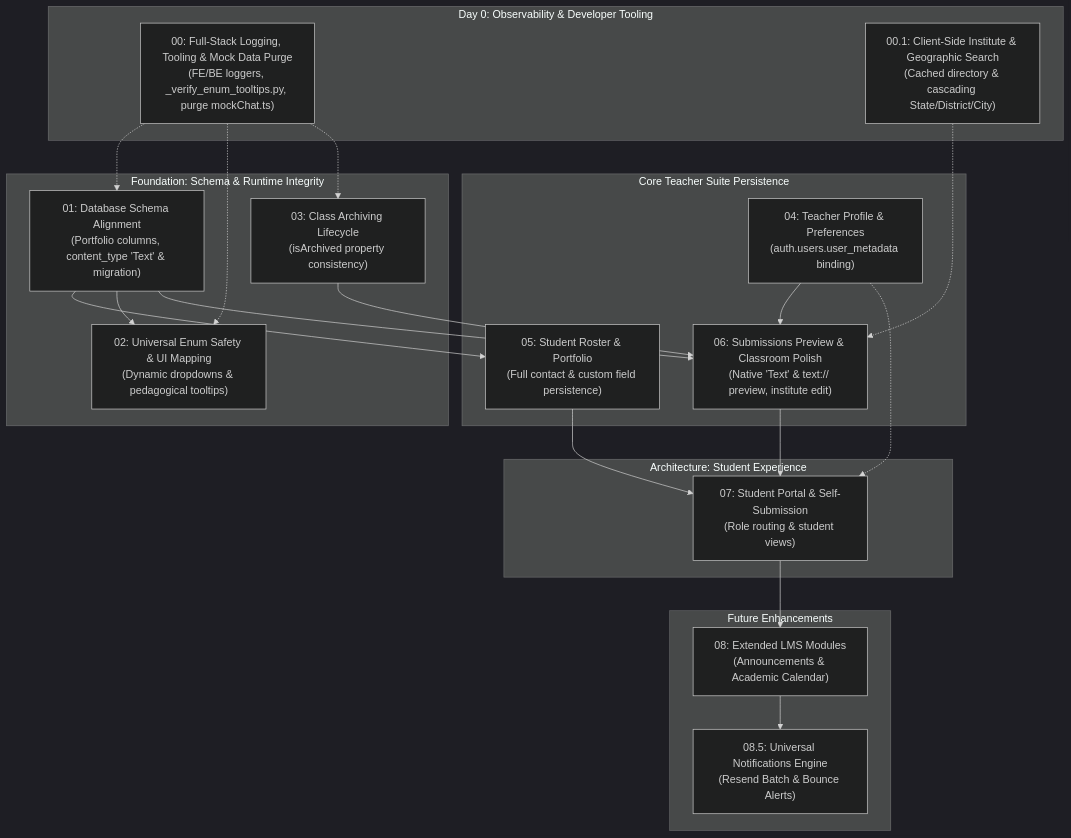
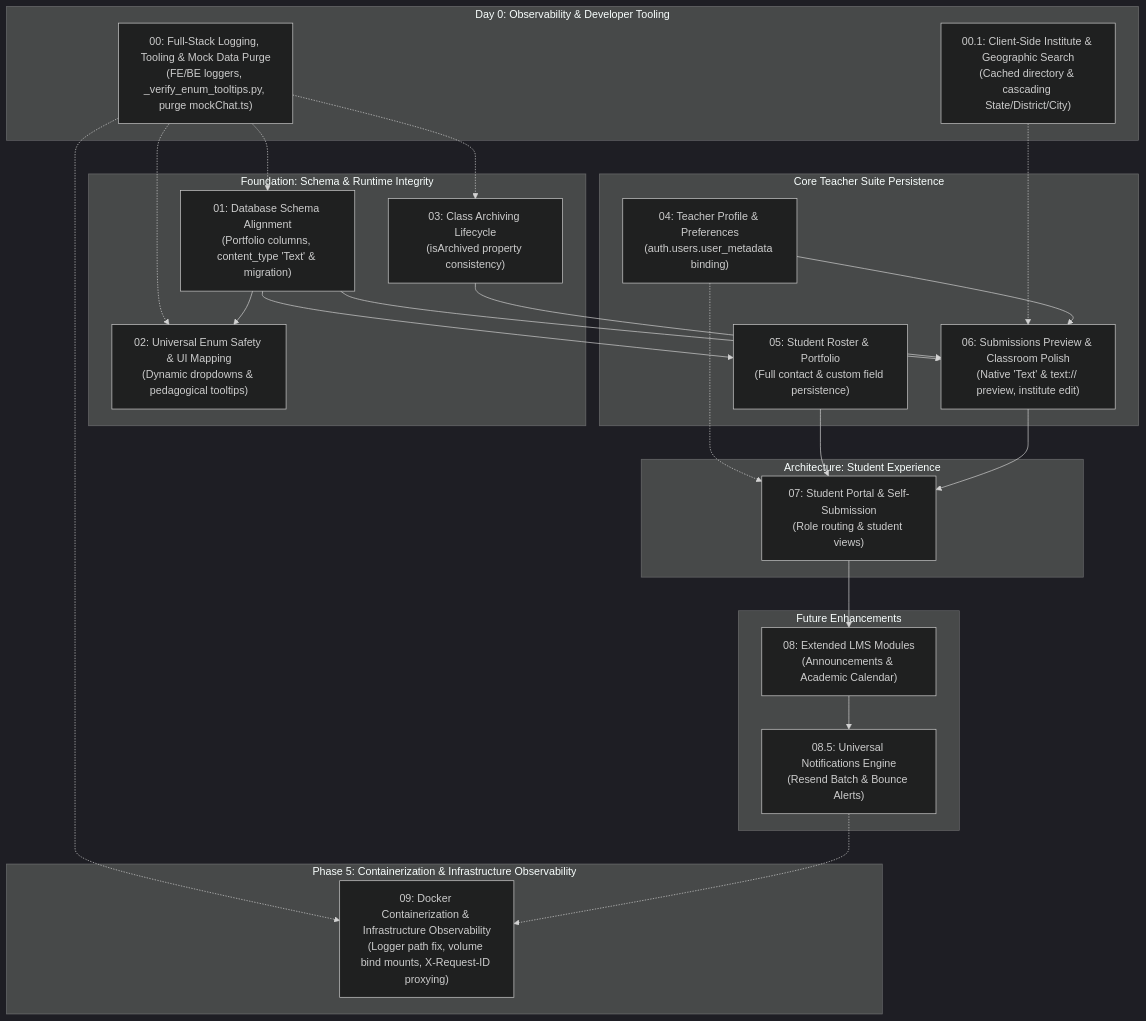
One commit to VictorBravo9er/Teacher-Assistant-Workspace changed the diagram in plans/README.md. Above: the diagram before and after it, drawn with Mermaid (dark theme). The commit also changed other lines of this file and 10 other files, not shown here.

````diff
--- a/plans/README.md
+++ b/plans/README.md
@@ -26,43 +26,49 @@
 ```mermaid
 flowchart TD
     subgraph Day 0: Observability & Developer Tooling
         P00["00: Full-Stack Logging, Tooling & Mock Data Purge<br/>(FE/BE loggers, _verify_enum_tooltips.py, purge mockChat.ts)"]
         P001["00.1: Client-Side Institute & Geographic Search<br/>(Cached directory & cascading State/District/City)"]
     end
 
     subgraph Foundation: Schema & Runtime Integrity
         P01["01: Database Schema Alignment<br/>(Portfolio columns, content_type 'Text' & migration)"]
         P02["02: Universal Enum Safety & UI Mapping<br/>(Dynamic dropdowns & pedagogical tooltips)"]
         P03["03: Class Archiving Lifecycle<br/>(isArchived property consistency)"]
     end
 
     subgraph Core Teacher Suite Persistence
         P04["04: Teacher Profile & Preferences<br/>(auth.users.user_metadata binding)"]
         P05["05: Student Roster & Portfolio<br/>(Full contact & custom field persistence)"]
         P06["06: Submissions Preview & Classroom Polish<br/>(Native 'Text' & text:// preview, institute edit)"]
     end
 
     subgraph Architecture: Student Experience
         P07["07: Student Portal & Self-Submission<br/>(Role routing & student views)"]
     end
 
     subgraph Future Enhancements
         P08["08: Extended LMS Modules<br/>(Announcements & Academic Calendar)"]
         P085["08.5: Universal Notifications Engine<br/>(Resend Batch & Bounce Alerts)"]
     end
 
+    subgraph Phase 5: Containerization & Infrastructure Observability
+        P09["09: Docker Containerization & Infrastructure Observability<br/>(Logger path fix, volume bind mounts, X-Request-ID proxying)"]
+    end
+
     P00 -.-> P01
     P00 -.-> P02
     P00 -.-> P03
+    P00 -.-> P09
     P001 -.-> P06
     P01 --> P05
     P01 --> P02
     P01 --> P06
     P03 --> P06
     P04 --> P06
     P04 -.-> P07
     P05 --> P07
     P06 --> P07
     P07 --> P08
     P08 --> P085
+    P085 -.-> P09
 ```
````
